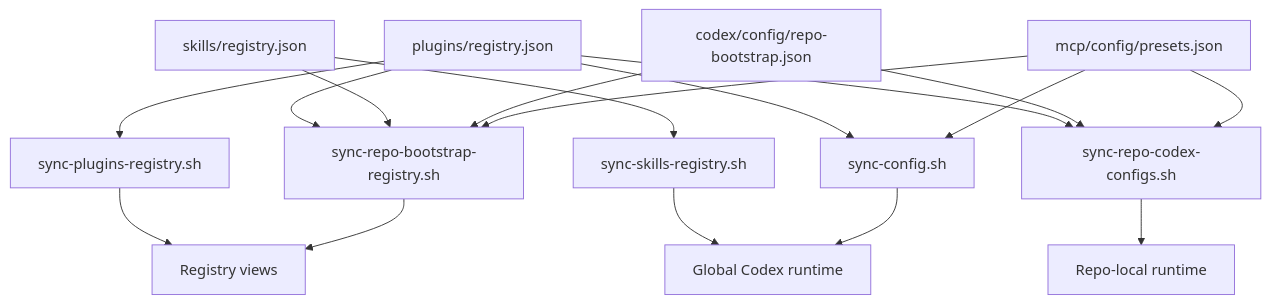
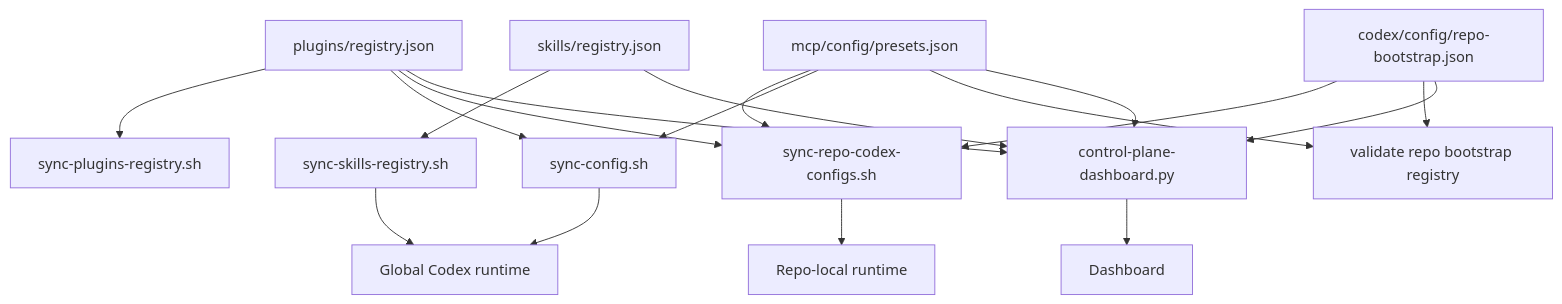
Before and after one commit to wisdom-in-a-nutshell/.agents: the diagram in docs/architecture/capability-bootstrap-model.md, drawn with Mermaid. The commit also changed other lines of this file and 134 other files, not shown here.

````diff
--- a/docs/architecture/capability-bootstrap-model.md
+++ b/docs/architecture/capability-bootstrap-model.md
@@ -9,32 +9,34 @@
 ```mermaid
 flowchart TD
     P[plugins/registry.json]
     A[skills/registry.json]
     B[codex/config/repo-bootstrap.json]
     C[mcp/config/presets.json]
     PS[sync-plugins-registry.sh]
     E[sync-skills-registry.sh]
     F[sync-repo-codex-configs.sh]
     G[sync-config.sh]
-    H[sync-repo-bootstrap-registry.sh]
+    H[validate repo bootstrap registry]
+    D[control-plane-dashboard.py]
     I[Global Codex runtime]
     J[Repo-local runtime]
-    K[Registry views]
+    K[Dashboard]
 
     P --> PS
     P --> G
     P --> F
-    P --> H
-    PS --> K
+    P --> D
     A --> E
-    A --> H
+    A --> D
     B --> F
     B --> H
+    B --> D
     C --> F
     C --> G
     C --> H
+    C --> D
     E --> I
     F --> J
     G --> I
-    H --> K
+    D --> K
 ```
````
